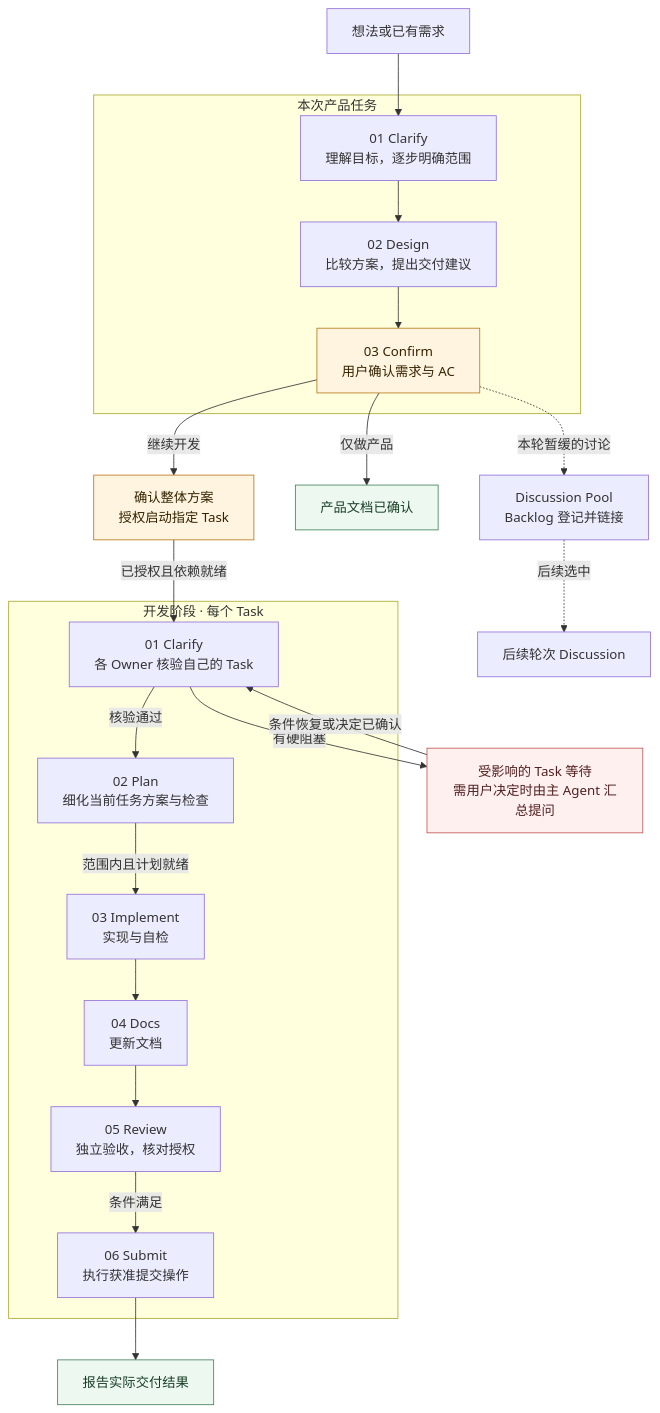
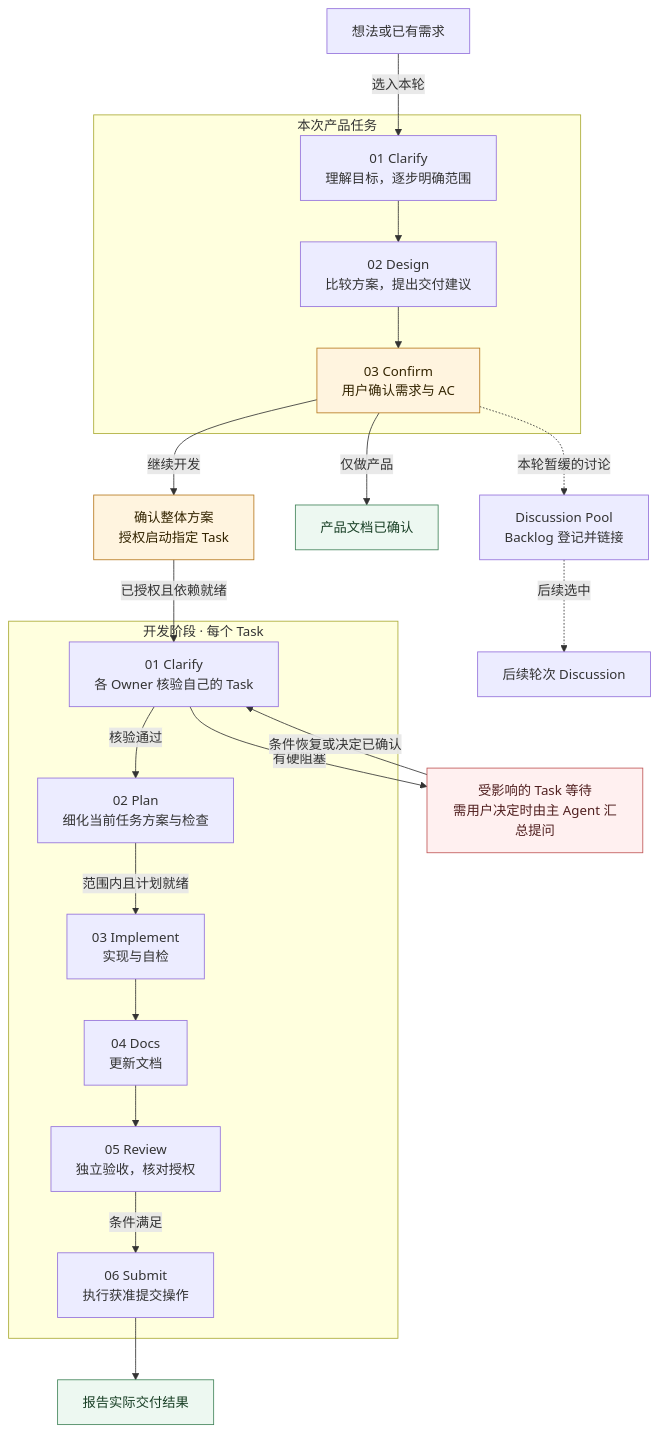
One commit to BenYang9527/skills-develop changed the diagram in skills/engineering/td-harness-build/assets/agents.md. Above: the diagram before and after it, drawn with Mermaid. The commit also changed other lines of this file and 3 other files, not shown here.

````diff
--- a/skills/engineering/td-harness-build/assets/agents.md
+++ b/skills/engineering/td-harness-build/assets/agents.md
@@ -41,42 +41,42 @@
 ```mermaid
 flowchart TB
-    START["想法或已有需求"] --> P1
+    START["想法或已有需求"] -->|选入本轮| P1
 
     subgraph PRODUCT[本次产品任务]
         P1["01 Clarify<br/>理解目标，逐步明确范围"]
         P2["02 Design<br/>比较方案，提出交付建议"]
         P3["03 Confirm<br/>用户确认需求与 AC"]
         P1 --> P2 --> P3
     end
 
     P3 -.->|本轮暂缓的讨论| POOL["Discussion Pool<br/>Backlog 登记并链接"]
     POOL -.->|后续选中| NEXT["后续轮次 Discussion"]
 
     P3 -->|仅做产品| PRODUCT_DONE["产品文档已确认"]
     P3 -->|继续开发| READY["确认整体方案<br/>授权启动指定 Task"]
     READY -->|已授权且依赖就绪| D1
 
     subgraph DEVELOPMENT[开发阶段 · 每个 Task]
         D1["01 Clarify<br/>各 Owner 核验自己的 Task"]
         D2["02 Plan<br/>细化当前任务方案与检查"]
         D3["03 Implement<br/>实现与自检"]
         D5["04 Docs<br/>更新文档"]
         D6["05 Review<br/>独立验收，核对授权"]
         D7["06 Submit<br/>执行获准提交操作"]
         D1 -->|核验通过| D2
         D2 -->|范围内且计划就绪| D3
         D3 --> D5 --> D6
         D6 -->|条件满足| D7
     end
 
     D1 -->|有硬阻塞| FIX["受影响的 Task 等待<br/>需用户决定时由主 Agent 汇总提问"]
     FIX -->|条件恢复或决定已确认| D1
     D7 --> DONE["报告实际交付结果"]
 
     classDef confirm fill:#fff4df,stroke:#b7791f,color:#332400;
     classDef stop fill:#fff0f0,stroke:#c05656,color:#512020;
     classDef result fill:#edf8f1,stroke:#42845a,color:#183f25;
     class P3,READY confirm;
     class FIX stop;
     class PRODUCT_DONE,DONE result;
 ```
````
